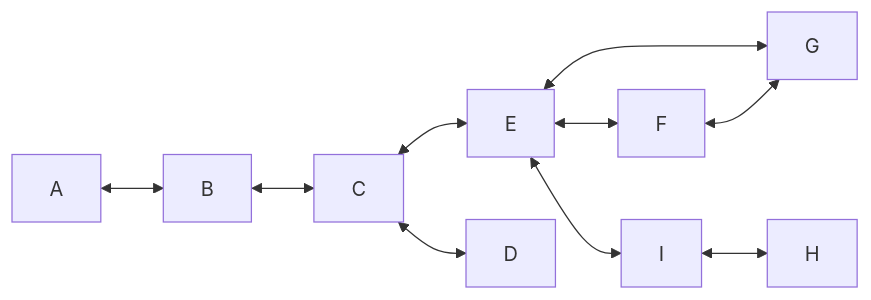
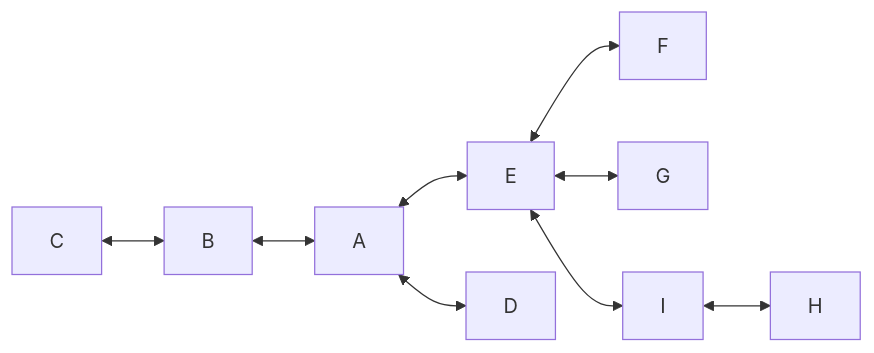
The first of 2 diagrams in Mathematics/Discrete/Graph Theory.md (olywoolsey/Notes), drawn with Mermaid before and after one commit. The commit also changed other lines of this file and 14 other files, not shown here.

````diff
--- a/Mathematics/Discrete/Graph Theory.md
+++ b/Mathematics/Discrete/Graph Theory.md
@@ -80,12 +86,11 @@
 ```mermaid
 graph LR;
-A<-->B;
-B<-->C;
-C<-->E;
-C<-->D;
+C<-->B;
+B<-->A;
+A<-->E;
+A<-->D;
 E<-->F;
 E<-->G;
 E<-->I;
-F<-->G;
 I<-->H;
 ```
````
